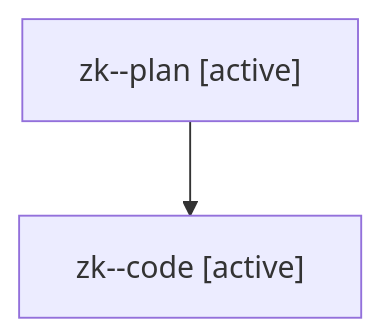
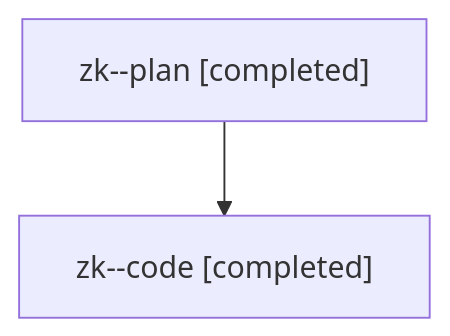
One commit to sase-org/sase--agents changed the diagram in families/bbugyi200.athena.zk.md. Above: the diagram before and after it, drawn with Mermaid. The commit also changed other lines of this file and 1607 other files, not shown here.

````diff
--- a/families/bbugyi200.athena.zk.md
+++ b/families/bbugyi200.athena.zk.md
@@ -9,6 +9,6 @@
 ```mermaid
 flowchart TD
-  n0["zk--plan [active]"]
-  n1["zk--code [active]"]
+  n0["zk--plan [completed]"]
+  n1["zk--code [completed]"]
   n0 --> n1
 ```
````
